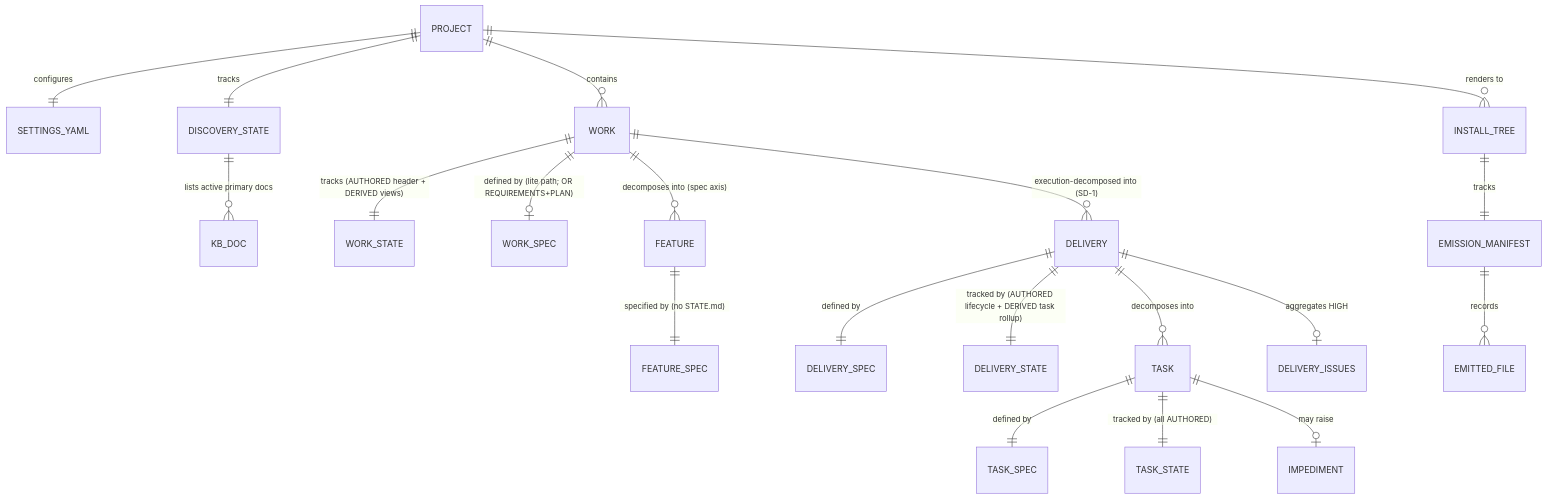
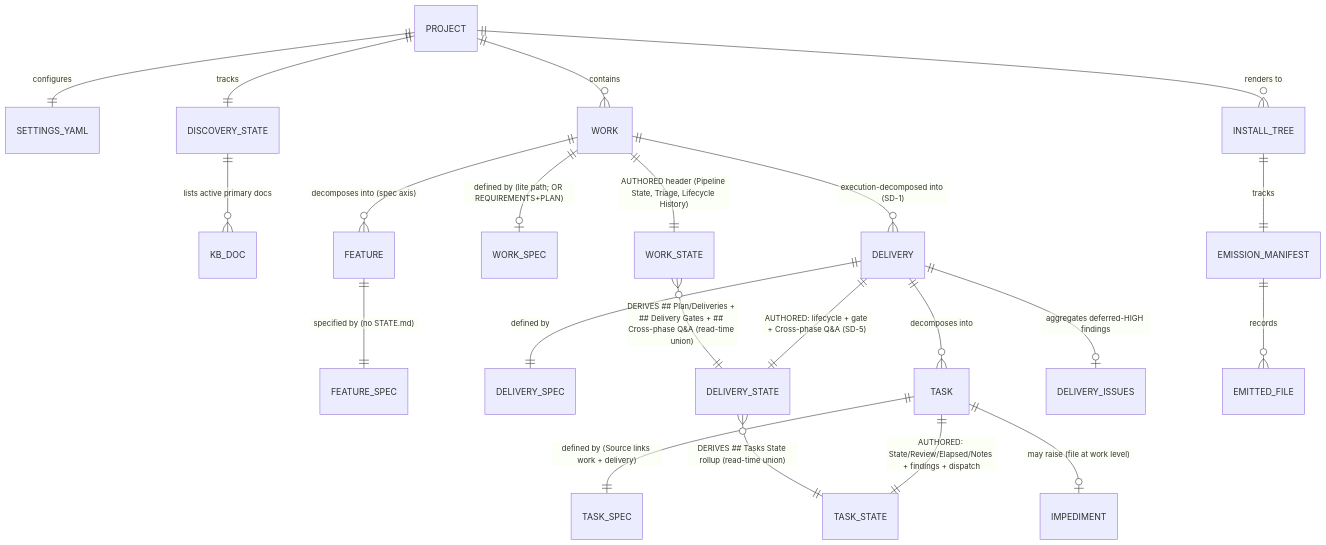
The diagram in .aid/knowledge/schemas.md (AndreVianna/aid-methodology), drawn with Mermaid before and after one commit. The commit also changed other lines of this file and 2 other files, not shown here.

Commit message:
test(work-004): wave 7 (part 2) — disjoint-merge proof + schemas.md nits
- 015-D: tests/canonical/test-disjoint-merge.sh (23/23) — two delivery branches each write ONLY their own delivery/task STATE + per-delivery Cross-phase Q&A (SD-5) via writeback-state.sh; merged back with ZERO conflict on any STATE.md (AC-Disjoint proven). Work-level STATE untouched by delivery branches. HOME-pinned + isolation canary; auto-discovered by run-all glob.
- schemas.md: corrected the stale FK note (task Source = work-NNN -> delivery-NNN) + added the read-time derivation edges to the §15 ER diagram.

Accepted non-blocking MINOR: pre-existing partial-ASCII in canonical/skills/aid-housekeep/SKILL.md (untouched by work-004; regen-gated).

````diff
--- a/.aid/knowledge/schemas.md
+++ b/.aid/knowledge/schemas.md
@@ -837,22 +838,24 @@
 ```mermaid
 erDiagram
     PROJECT ||--|| SETTINGS_YAML : "configures"
     PROJECT ||--|| DISCOVERY_STATE : "tracks"
     DISCOVERY_STATE ||--o{ KB_DOC : "lists active primary docs"
     PROJECT ||--o{ WORK : "contains"
-    WORK ||--|| WORK_STATE : "tracks (AUTHORED header + DERIVED views)"
+    WORK ||--|| WORK_STATE : "AUTHORED header (Pipeline State, Triage, Lifecycle History)"
     WORK ||--o| WORK_SPEC : "defined by (lite path; OR REQUIREMENTS+PLAN)"
     WORK ||--o{ FEATURE : "decomposes into (spec axis)"
     FEATURE ||--|| FEATURE_SPEC : "specified by (no STATE.md)"
     WORK ||--o{ DELIVERY : "execution-decomposed into (SD-1)"
     DELIVERY ||--|| DELIVERY_SPEC : "defined by"
-    DELIVERY ||--|| DELIVERY_STATE : "tracked by (AUTHORED lifecycle + DERIVED task rollup)"
+    DELIVERY ||--|| DELIVERY_STATE : "AUTHORED: lifecycle + gate + Cross-phase Q&A (SD-5)"
     DELIVERY ||--o{ TASK : "decomposes into"
-    TASK ||--|| TASK_SPEC : "defined by"
-    TASK ||--|| TASK_STATE : "tracked by (all AUTHORED)"
-    TASK ||--o| IMPEDIMENT : "may raise"
-    DELIVERY ||--o| DELIVERY_ISSUES : "aggregates HIGH"
+    TASK ||--|| TASK_SPEC : "defined by (Source links work + delivery)"
+    TASK ||--|| TASK_STATE : "AUTHORED: State/Review/Elapsed/Notes + findings + dispatch"
+    TASK ||--o| IMPEDIMENT : "may raise (file at work level)"
+    DELIVERY ||--o| DELIVERY_ISSUES : "aggregates deferred-HIGH findings"
+    WORK_STATE }o--|| DELIVERY_STATE : "DERIVES ## Plan/Deliveries + ## Delivery Gates + ## Cross-phase Q&A (read-time union)"
+    DELIVERY_STATE }o--|| TASK_STATE : "DERIVES ## Tasks State rollup (read-time union)"
     PROJECT ||--o{ INSTALL_TREE : "renders to"
     INSTALL_TREE ||--|| EMISSION_MANIFEST : "tracks"
     EMISSION_MANIFEST ||--o{ EMITTED_FILE : "records"
 ```
````
